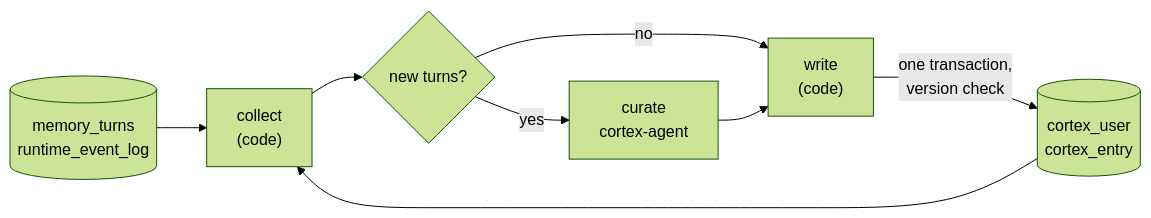
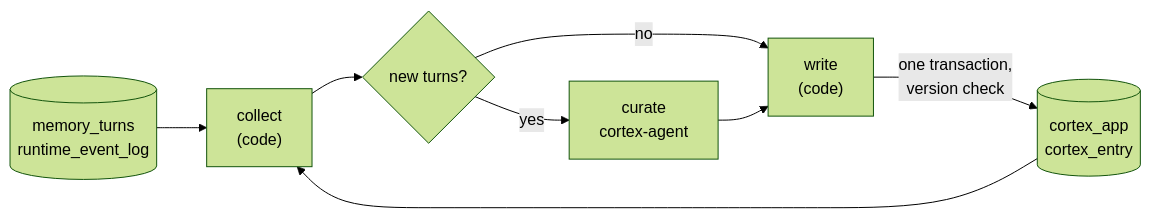
One commit to imsid/mashpy changed the diagram in docs/posts/cortex.md. Above: the diagram before and after it, drawn with Mermaid (forest theme). The commit also changed other lines of this file and 271 other files, not shown here.

````diff
--- a/docs/posts/cortex.md
+++ b/docs/posts/cortex.md
@@ -116,9 +118,9 @@
 ```mermaid
 flowchart LR
     T[("memory_turns\nruntime_event_log")] --> C["collect\n(code)"]
-    U[("cortex_user\ncortex_entry")] --> C
+    U[("cortex_app\ncortex_entry")] --> C
     C --> K{"new turns?"}
     K -- no --> W["write\n(code)"]
     K -- yes --> A["curate\ncortex-agent"] --> W
     W -->|"one transaction,\nversion check"| U
 ```
````
